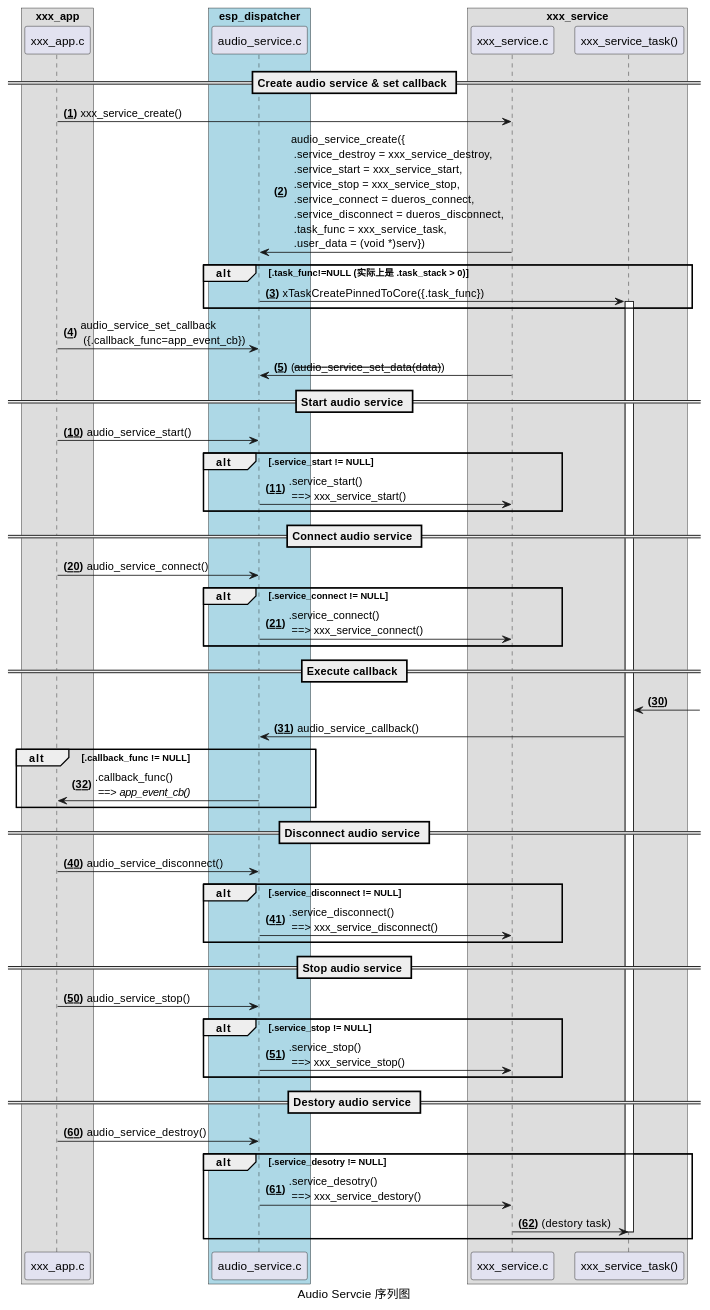
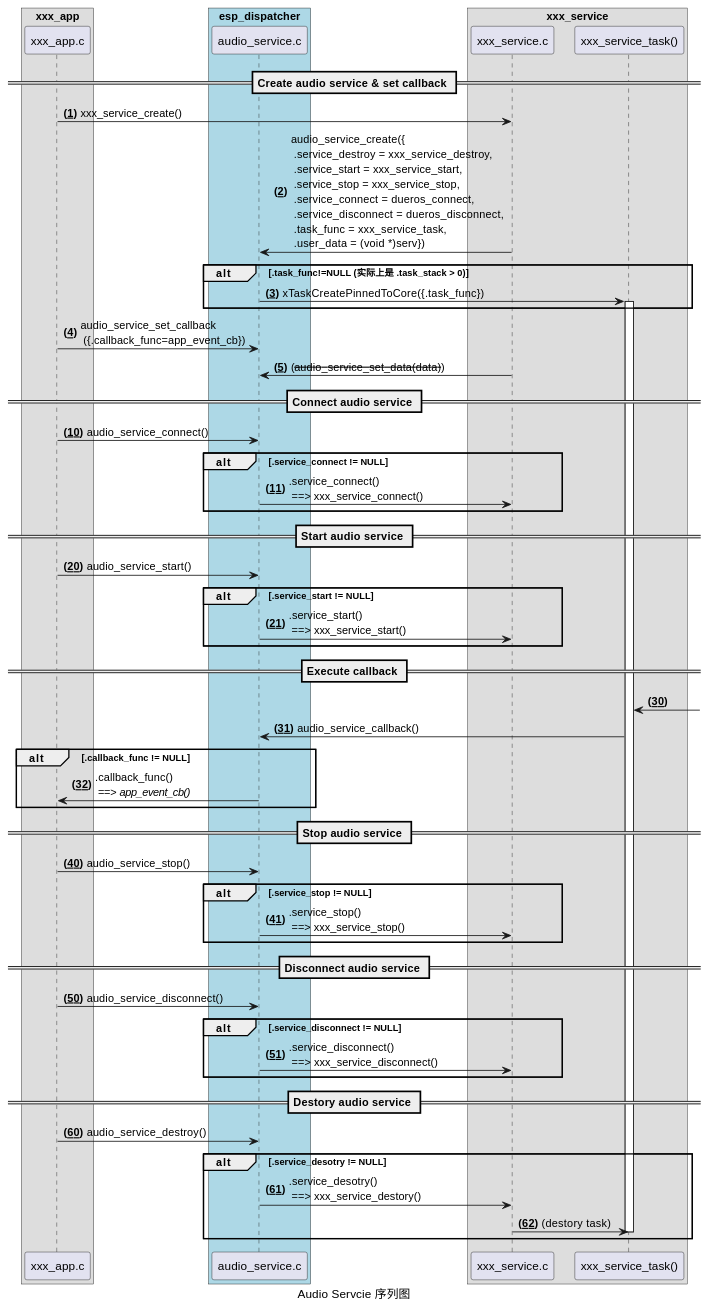
Before and after one commit to liangzhu2008/learn-esp-adf: the second of 3 diagrams in docs/inside-dispatcher/audio_service.rst, drawn with PlantUML. The commit also changed other lines of this file and 1 other file, not shown here.

Commit message:
为 DuerOS_Servcie 加入 时序图

```diff
--- a/docs/inside-dispatcher/audio_service.rst
+++ b/docs/inside-dispatcher/audio_service.rst
@@ -89,74 +89,74 @@
 .. uml::
 
     caption Audio Servcie 序列图
 
     box "xxx_app"
     participant "xxx_app.c"         as adf_app  order 10
     end box
 
     box "esp_dispatcher" #LightBlue
     participant "audio_service.c"  as audio_service  order 20
     end box
 
     box "xxx_service" 
     participant "xxx_service.c"   as xxx_service  order 30
     participant "xxx_service_task()" as service_task  order 40
     end box
       
     == Create audio service & set callback ==
     autonumber 1 "<b>(<u>##</u>)"
     adf_app        -> xxx_service : xxx_service_create()
     audio_service  <- xxx_service : audio_service_create({\n .service_destroy = xxx_service_destroy, \n .service_start = xxx_service_start, \n .service_stop = xxx_service_stop, \n .service_connect = dueros_connect, \n .service_disconnect = dueros_disconnect, \n .task_func  = xxx_service_task, \n .user_data = (void *)serv})
 
     alt .task_func!=NULL (实际上是 .task_stack > 0)
     audio_service -> service_task : xTaskCreatePinnedToCore({.task_func})
     activate service_task
     end
 
     adf_app      -> audio_service : audio_service_set_callback \n ({.callback_func=app_event_cb})
     audio_service  <- xxx_service : (--audio_service_set_data(data)--)
 
+    == Connect audio service ==
+    autonumber 10 "<b>(<u>##</u>)"
+    adf_app       -> audio_service : audio_service_connect()
+    alt .service_connect != NULL
+    audio_service -> xxx_service   : .service_connect() \n ==> xxx_service_connect()
+    end
+
     == Start audio service ==
-    autonumber 10 "<b>(<u>##</u>)"
+    autonumber 20 "<b>(<u>##</u>)"
     adf_app       -> audio_service : audio_service_start()
     alt .service_start != NULL
     audio_service -> xxx_service  : .service_start() \n ==> xxx_service_start()
-    end
-
-    == Connect audio service ==
-    autonumber 20 "<b>(<u>##</u>)"
-    adf_app       -> audio_service : audio_service_connect()
-    alt .service_connect != NULL
-    audio_service -> xxx_service   : .service_connect() \n ==> xxx_service_connect()
     end
 
     == Execute callback ==
     autonumber 30 "<b>(<u>##</u>)"
     service_task    <-] 
     audio_service  <- service_task : audio_service_callback()
     alt .callback_func != NULL
     adf_app       <- audio_service : .callback_func() \n ==> //app_event_cb()//
     end
 
+    == Stop audio service ==
+    autonumber 40 "<b>(<u>##</u>)"
+    adf_app         -> audio_service : audio_service_stop()
+    alt .service_stop != NULL
+    audio_service   -> xxx_service   : .service_stop() \n ==> xxx_service_stop()
+    end
+
     == Disconnect audio service ==
-    autonumber 40 "<b>(<u>##</u>)"
+    autonumber 50 "<b>(<u>##</u>)"
     adf_app       -> audio_service : audio_service_disconnect()
     alt .service_disconnect != NULL
     audio_service -> xxx_service   : .service_disconnect() \n ==> xxx_service_disconnect()
-    end
-
-    == Stop audio service ==
-    autonumber 50 "<b>(<u>##</u>)"
-    adf_app         -> audio_service : audio_service_stop()
-    alt .service_stop != NULL
-    audio_service   -> xxx_service   : .service_stop() \n ==> xxx_service_stop()
     end
 
     == Destory audio service ==
     autonumber 60 "<b>(<u>##</u>)"
     adf_app        -> audio_service : audio_service_destroy()
     alt .service_desotry != NULL
     audio_service  -> xxx_service  : .service_desotry() \n ==> xxx_service_destory()    
     xxx_service    -> service_task : (destory task)
     deactivate service_task 
     end
```
